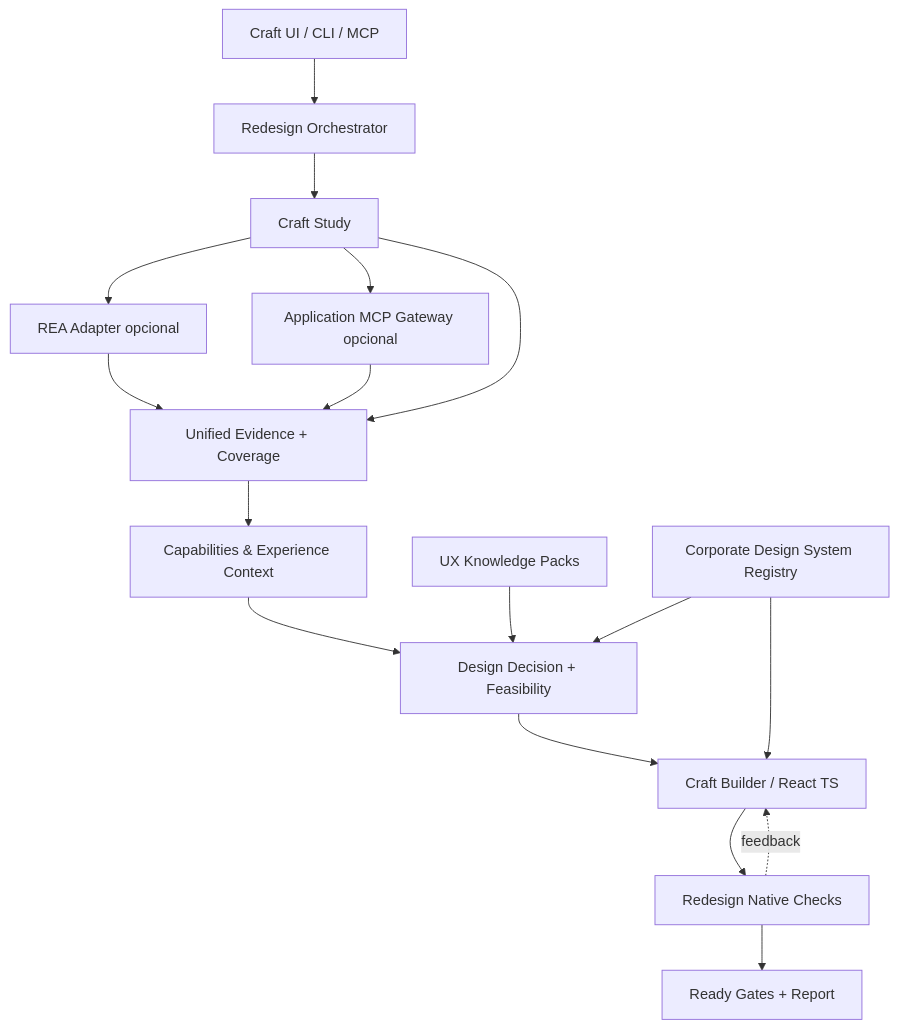
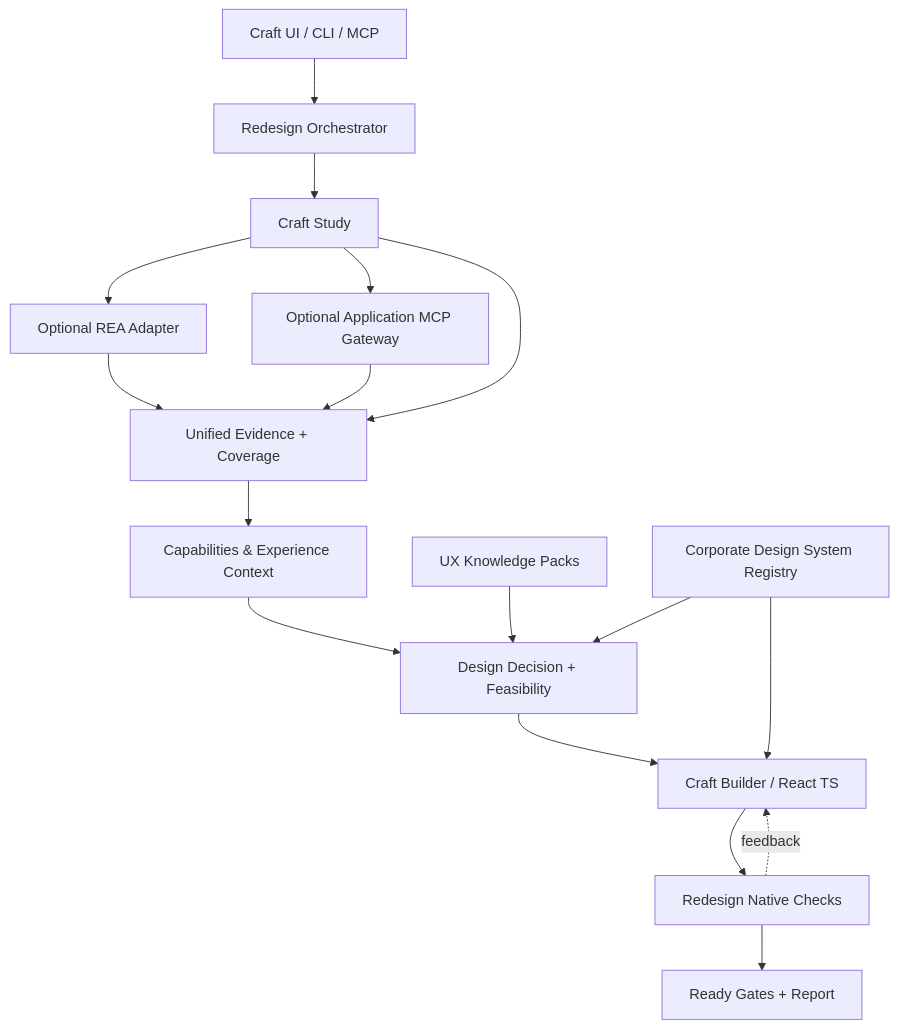
The diagram in REDESIGN_SPEC/SPEC.md (tboschese/RedesignAnything), drawn with Mermaid before and after one commit. The commit also changed other lines of this file and 26 other files, not shown here.

````diff
--- a/REDESIGN_SPEC/SPEC.md
+++ b/REDESIGN_SPEC/SPEC.md
@@ -72,19 +72,19 @@
 ```mermaid
 flowchart TD
  U[Craft UI / CLI / MCP] --> O[Redesign Orchestrator]
  O --> S[Craft Study]
- S --> X[REA Adapter opcional]
- S --> M[Application MCP Gateway opcional]
+ S --> X[Optional REA Adapter]
+ S --> M[Optional Application MCP Gateway]
  X --> E[Unified Evidence + Coverage]
  M --> E
  S --> E
  E --> C[Capabilities & Experience Context]
  C --> D[Design Decision + Feasibility]
  K[UX Knowledge Packs] --> D
  R[Corporate Design System Registry] --> D
  D --> B[Craft Builder / React TS]
  R --> B
  B --> Q[Redesign Native Checks]
  Q --> G[Ready Gates + Report]
  Q -.feedback.-> B
 ```
````
